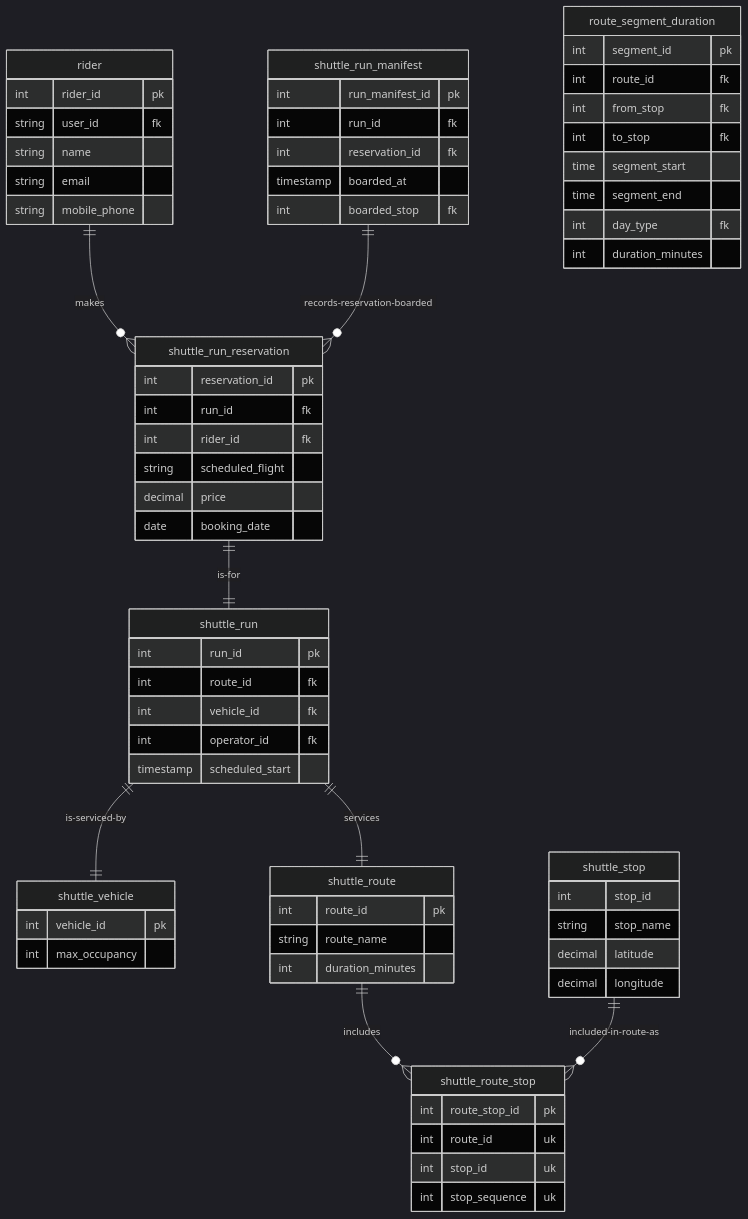
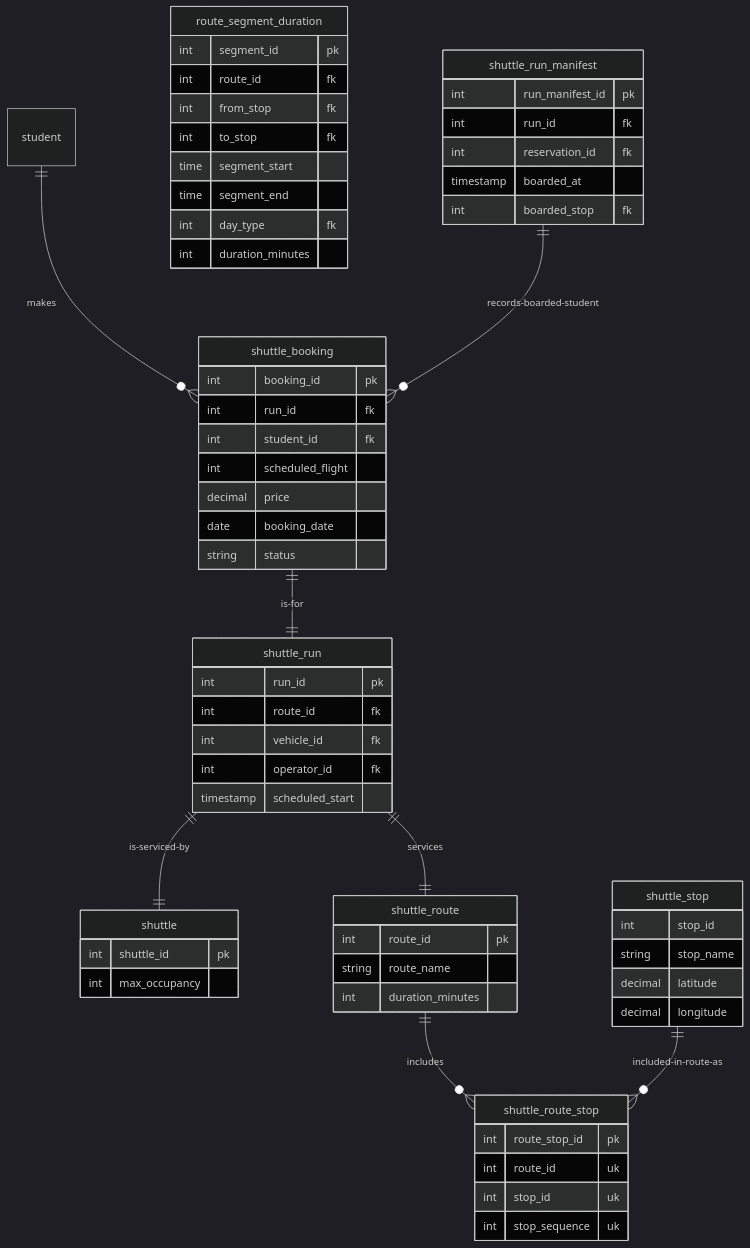
One commit to Snookblast/coding-challenge changed the diagram in shuttle-service-erd.md. Above: the diagram before and after it, drawn with Mermaid (dark theme).

````diff
--- a/shuttle-service-erd.md
+++ b/shuttle-service-erd.md
@@ -3,81 +3,74 @@
 ```mermaid
 erDiagram
-    rider {
-        int rider_id pk
-        string user_id fk
-        string name
-        string email
-        string mobile_phone
-    }
-
-    shuttle_run_reservation {
-        int reservation_id pk
+    shuttle_booking {
+        int booking_id pk
         int run_id fk
-        int rider_id fk
-        string scheduled_flight
+        int student_id fk
+        int scheduled_flight
         decimal price 
-        date booking_date 
+        date booking_date
+        string status
     }
 
     shuttle_run {
         int run_id pk
         int route_id fk
         int vehicle_id fk
         int operator_id fk
         timestamp scheduled_start
     }
 
     shuttle_run_manifest {
         int run_manifest_id pk
         int run_id fk
         int reservation_id fk
         timestamp boarded_at
         int boarded_stop fk
     }
 
-    shuttle_vehicle {
-      int vehicle_id pk
+    shuttle {
+      int shuttle_id pk
       int max_occupancy
     }
 
     shuttle_route {
         int route_id pk
         string route_name
         int duration_minutes
     }
 
     shuttle_stop {
         int stop_id
         string stop_name
         decimal latitude
         decimal longitude
     }
     
     shuttle_route_stop {
         int route_stop_id pk
         int route_id uk
         int stop_id uk
         int stop_sequence uk
     }
 
     route_segment_duration {
         int segment_id pk
         int route_id fk
         int from_stop fk
         int to_stop fk
         time segment_start
         time segment_end
         int day_type fk
         int duration_minutes
     }
 
-    rider ||--o{ shuttle_run_reservation : makes
-    shuttle_run_reservation ||--|| shuttle_run : is-for
+    student ||--o{ shuttle_booking : makes
+    shuttle_booking ||--|| shuttle_run : is-for
     shuttle_run ||--|| shuttle_route : services
-    shuttle_run_manifest ||--o{ shuttle_run_reservation : records-reservation-boarded
-    shuttle_run ||--|| shuttle_vehicle : is-serviced-by
+    shuttle_run_manifest ||--o{ shuttle_booking : records-boarded-student
+    shuttle_run ||--|| shuttle : is-serviced-by
     shuttle_route ||--o{ shuttle_route_stop : includes
     shuttle_stop ||--o{ shuttle_route_stop : included-in-route-as
 
 
 ```
````
